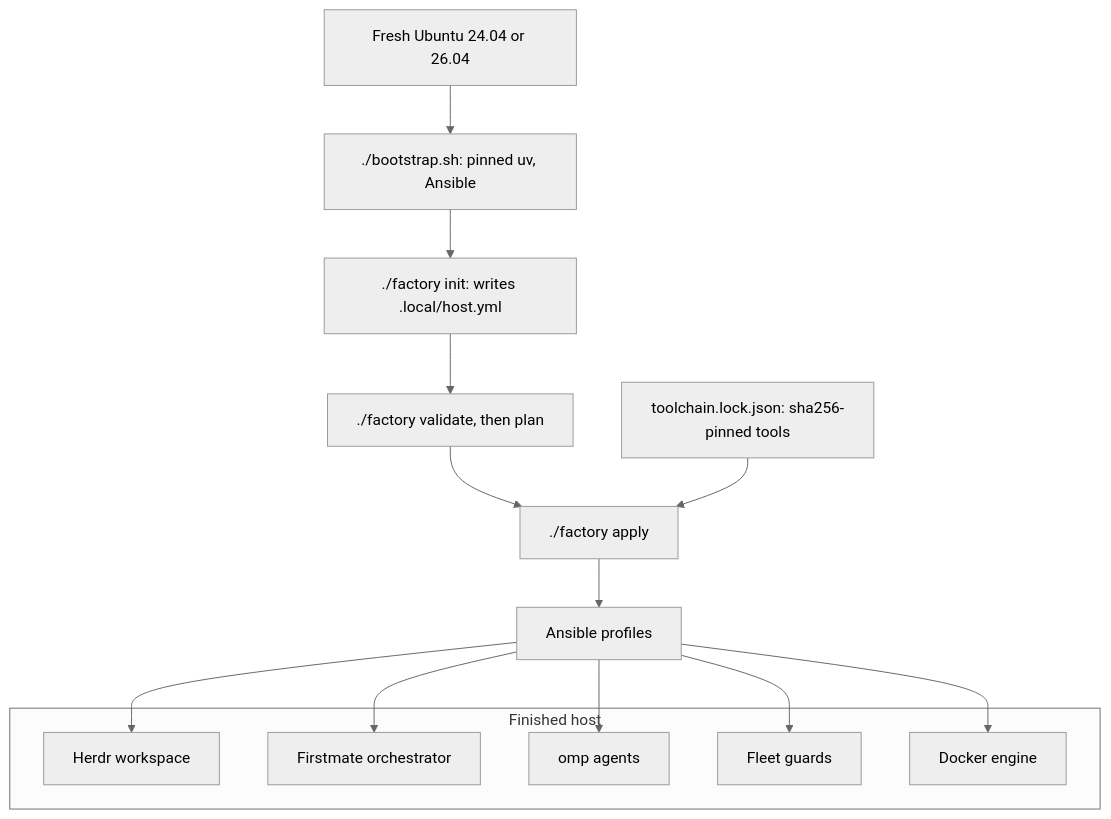
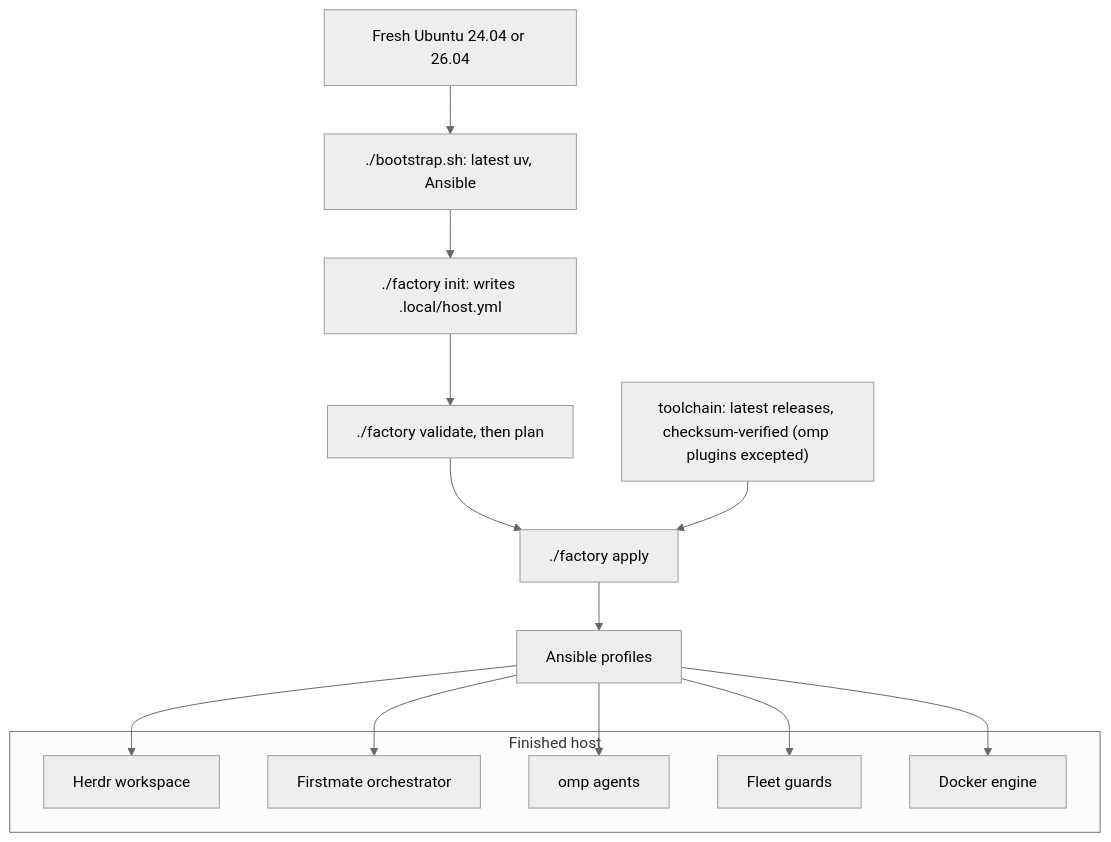
One commit to i098/Code-Factory changed the diagram in README.md. Above: the diagram before and after it, drawn with Mermaid (neutral theme). The commit also changed other lines of this file and 50 other files, not shown here.

First line of the commit message:
feat: install the latest release of every tool on each apply (#22)

````diff
--- a/README.md
+++ b/README.md
@@ -5,21 +5,21 @@
 ```mermaid
 flowchart TD
-    box["Fresh Ubuntu 24.04 or 26.04"] --> boot["./bootstrap.sh: pinned uv, Ansible"]
+    box["Fresh Ubuntu 24.04 or 26.04"] --> boot["./bootstrap.sh: latest uv, Ansible"]
     boot --> init["./factory init: writes .local/host.yml"]
     init --> check["./factory validate, then plan"]
     check --> apply["./factory apply"]
-    lock["toolchain.lock.json: sha256-pinned tools"] --> apply
+    lock["toolchain: latest releases, checksum-verified (omp plugins excepted)"] --> apply
     apply --> profiles["Ansible profiles"]
     subgraph host["Finished host"]
         herdr["Herdr workspace"]
         fm["Firstmate orchestrator"]
         agents["omp agents"]
         guards["Fleet guards"]
         docker["Docker engine"]
     end
     profiles --> herdr
     profiles --> fm
     profiles --> agents
     profiles --> guards
     profiles --> docker
 ```
````
